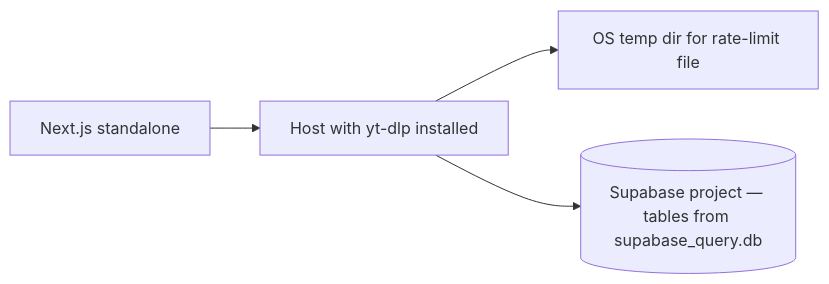
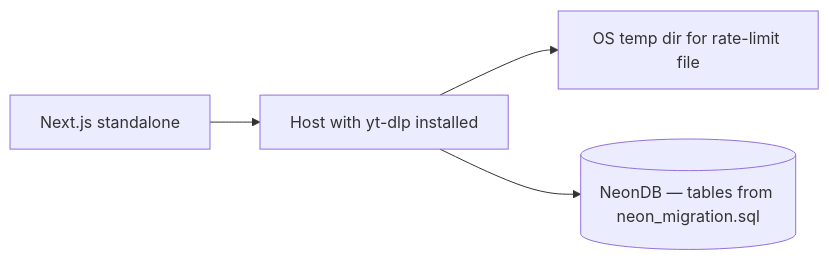
Before and after one commit to Sayantan-B-dev/Ex_TrackTube: the fifth of 5 diagrams in docs/hld.md, drawn with Mermaid. The commit also changed other lines of this file and 6 other files, not shown here.

First line of the commit message:
docs: update all documentation to reference NeonDB instead of Supabase

````diff
--- a/docs/hld.md
+++ b/docs/hld.md
@@ -104,6 +102,6 @@
 ```mermaid
 flowchart LR
     FE[Next.js standalone] --> OS[Host with yt-dlp installed]
     OS --> FS[OS temp dir for rate-limit file]
-    OS --> DB[(Supabase project — tables from supabase_query.db)]
+    OS --> DB[(NeonDB — tables from neon_migration.sql)]
 ```
````
